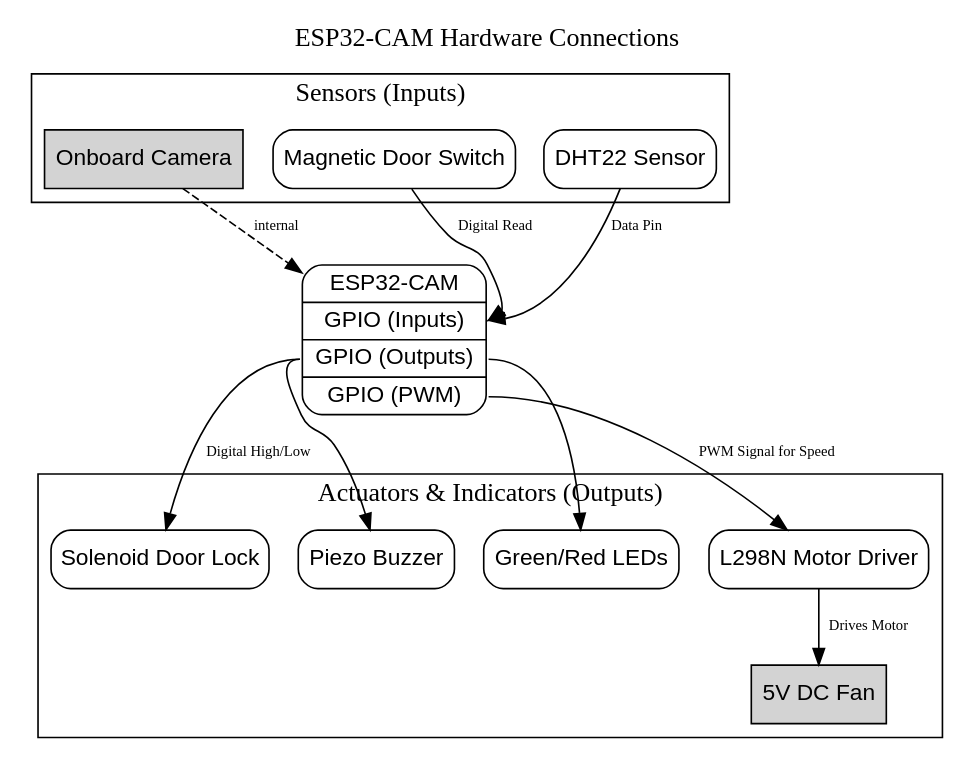
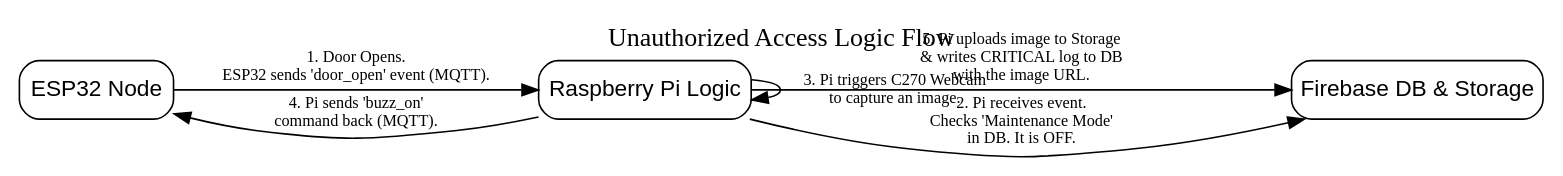
One commit to Brynlai/IOT-Y3S1 changed the third of 4 diagrams in README.md. Above: the diagram before and after it, drawn with Graphviz. The commit also changed other lines of this file, not shown here.

````diff
--- a/README.md
+++ b/README.md
@@ -69,36 +101,22 @@
 ```graphviz
-digraph Hardware_Connections {
-    graph [label="ESP32-CAM Hardware Connections", labelloc=t, fontsize=16];
-    node [shape=record, style=rounded, fontname="Arial"];
-    edge [fontsize=9];
+digraph Alert_Sequence {
+    graph [label="Unauthorized Access Logic Flow", labelloc=t, fontsize=16];
+    node [shape=box, style=rounded, fontname="Arial"];
+    edge [fontsize=10];
+    
+    {rank=same; ESP32; RPi_Gateway; Firebase;}
 
-    ESP32_CAM [label="{ ESP32-CAM | <p_in> GPIO (Inputs) | <p_out> GPIO (Outputs) | <p_pwm> GPIO (PWM) }"];
+    ESP32 -> RPi_Gateway [label="1. Door Opens.\nESP32 sends 'door_open' event (MQTT)."];
+    RPi_Gateway -> Firebase [label="2. Pi receives event.\nChecks 'Maintenance Mode'\nin DB. It is OFF."];
+    RPi_Gateway -> RPi_Gateway [label="3. Pi triggers C270 Webcam\nto capture an image."];
+    RPi_Gateway -> ESP32 [label="4. Pi sends 'buzz_on'\ncommand back (MQTT)."];
+    RPi_Gateway -> Firebase [label="5. Pi uploads image to Storage\n& writes CRITICAL log to DB\nwith the image URL."];
     
-    subgraph cluster_inputs {
-        label="Sensors (Inputs)";
-        Camera [label="Onboard Camera", style=filled, fillcolor=lightgrey];
-        Door_Sensor [label="Magnetic Door Switch"];
-        Temp_Sensor [label="DHT22 Sensor"];
+    subgraph {
+        rank=same;
+        ESP32 [label="ESP32 Node"];
+        RPi_Gateway [label="Raspberry Pi Logic"];
+        Firebase [label="Firebase DB & Storage"];
     }
-    
-    subgraph cluster_outputs {
-        label="Actuators & Indicators (Outputs)";
-        Solenoid_Lock [label="Solenoid Door Lock"];
-        Buzzer [label="Piezo Buzzer"];
-        LEDs [label="Green/Red LEDs"];
-        Fan_Driver [label="L298N Motor Driver"];
-        Fan [label="5V DC Fan", style=filled, fillcolor=lightgrey];
-    }
-    
-    Camera -> ESP32_CAM [style=dashed, label="internal"];
-    Door_Sensor -> ESP32_CAM:p_in [label="Digital Read"];
-    Temp_Sensor -> ESP32_CAM:p_in [label="Data Pin"];
-    
-    ESP32_CAM:p_out -> Solenoid_Lock [label="Digital High/Low"];
-    ESP32_CAM:p_out -> Buzzer;
-    ESP32_CAM:p_out -> LEDs;
-    
-    ESP32_CAM:p_pwm -> Fan_Driver [label="PWM Signal for Speed"];
-    Fan_Driver -> Fan [label="Drives Motor"];
 }
 ```
````
